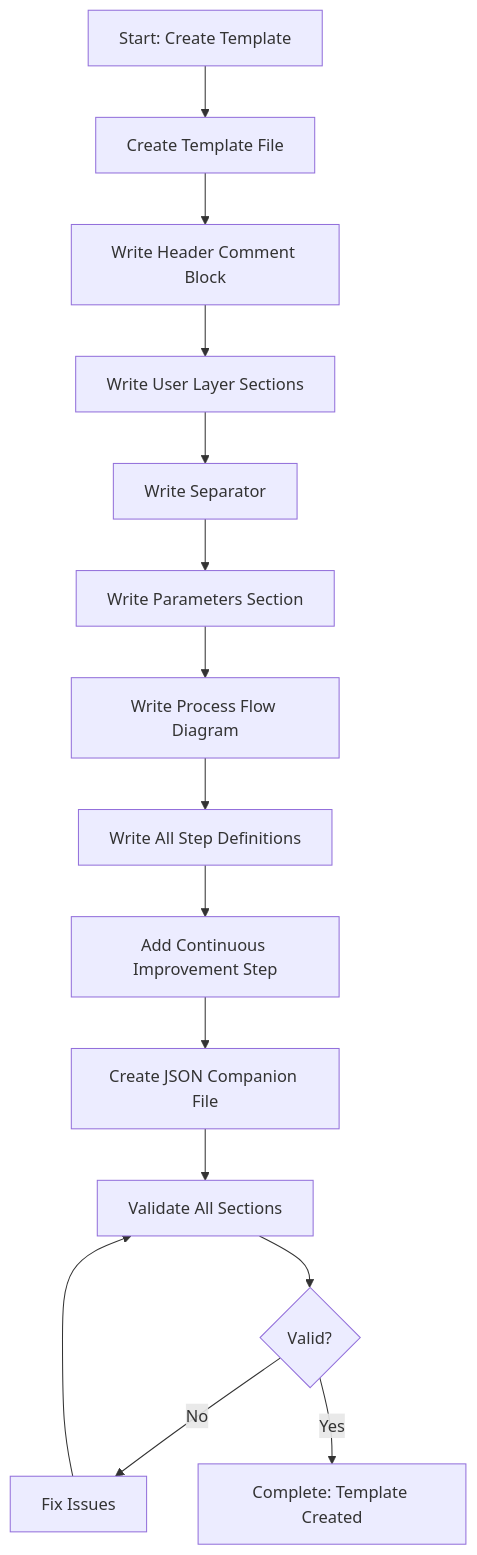
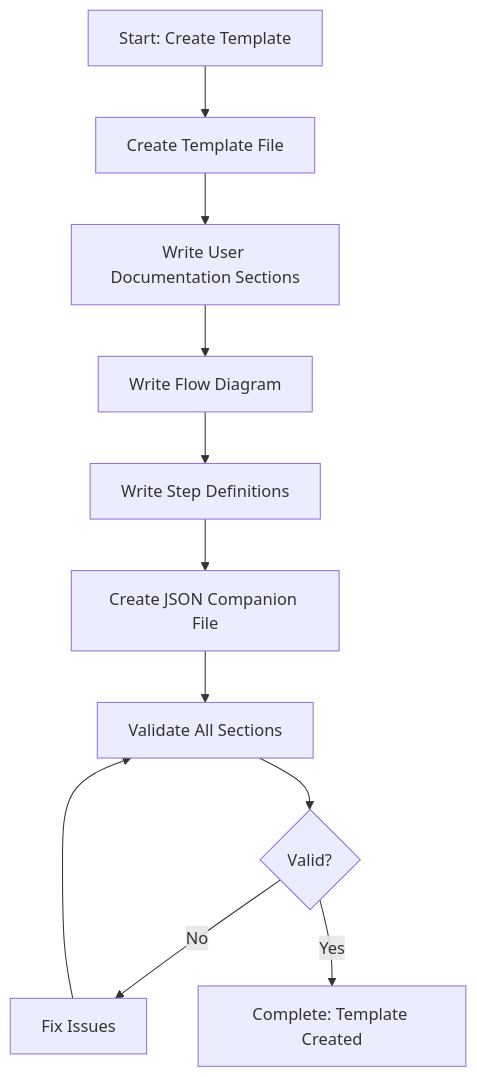
The diagram in .processes/steps/template/create-template-file.md (HMTools/agentic-processes), drawn with Mermaid before and after one commit. The commit also changed other lines of this file and 77 other files, not shown here.

First line of the commit message:
Transforms to JSON-first agent architecture

````diff
--- a/.processes/steps/template/create-template-file.md
+++ b/.processes/steps/template/create-template-file.md
@@ -74,17 +33,13 @@
 ```mermaid
 flowchart TD
     A[Start: Create Template] --> B[Create Template File]
-    B --> C[Write Header Comment Block]
-    C --> D[Write User Layer Sections]
-    D --> E[Write Separator]
-    E --> F[Write Parameters Section]
-    F --> G[Write Process Flow Diagram]
-    G --> H[Write All Step Definitions]
-    H --> I[Add Continuous Improvement Step]
-    I --> J[Create JSON Companion File]
-    J --> K[Validate All Sections]
-    K --> L{Valid?}
-    L -->|No| M[Fix Issues]
-    M --> K
-    L -->|Yes| N[Complete: Template Created]
+    B --> C[Write User Documentation Sections]
+    C --> D[Write Flow Diagram]
+    D --> E[Write Step Definitions]
+    E --> F[Create JSON Companion File]
+    F --> G[Validate All Sections]
+    G --> H{Valid?}
+    H -->|No| I[Fix Issues]
+    I --> G
+    H -->|Yes| J[Complete: Template Created]
 ```
````
